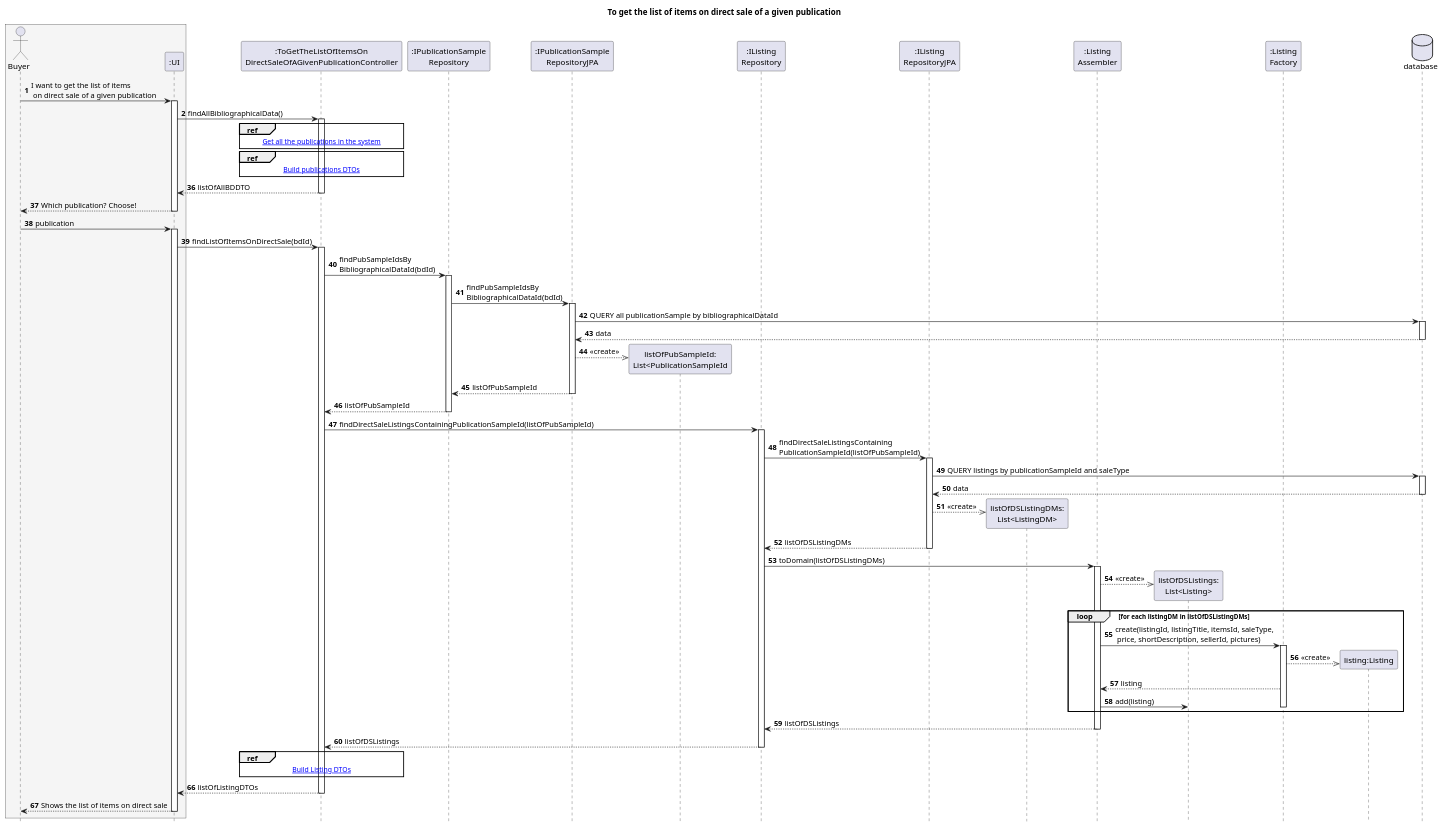
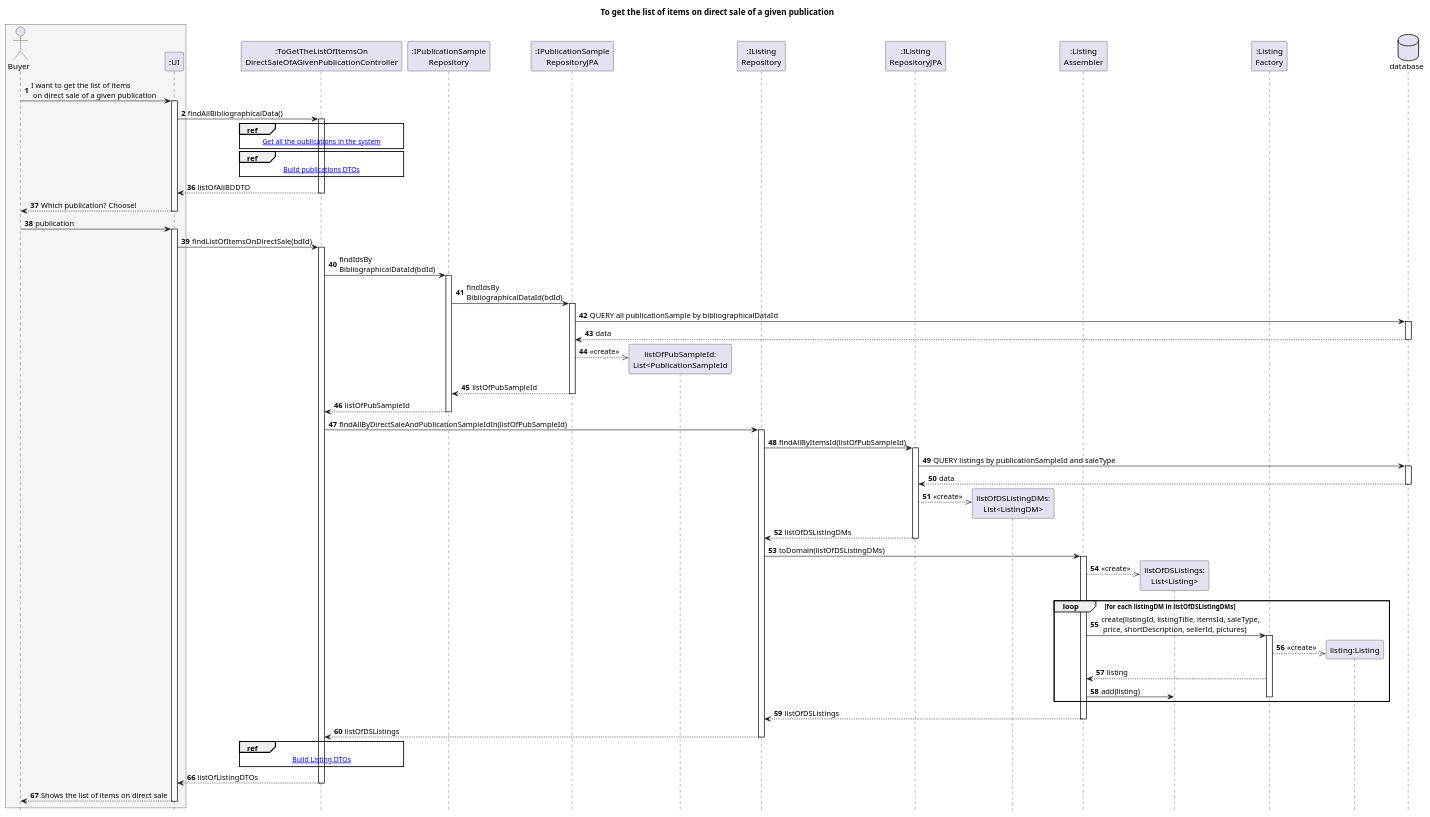
One commit to AndrePereiraGitH/SWitCH-Project-Team_A changed the diagram in Diagrams/SequenceDiagrams/N2/To-get-the-list-of-items-on-direct-sale-of-a-given-publication/1.MainDiagram.puml. Above: the diagram before and after it, drawn with PlantUML. The commit also changed 2 other files, not shown here.

Commit message:
docs #697: feature To-get-list-of-items-on-ds-given-publication - small corrections on method's names on SD and CD

```diff
--- a/Diagrams/SequenceDiagrams/N2/To-get-the-list-of-items-on-direct-sale-of-a-given-publication/1.MainDiagram.puml
+++ b/Diagrams/SequenceDiagrams/N2/To-get-the-list-of-items-on-direct-sale-of-a-given-publication/1.MainDiagram.puml
@@ -1,112 +1,112 @@
 @startuml
 hide footbox
 autonumber
 title To get the list of items on direct sale of a given publication
 
 box #whitesmoke
 actor Buyer
 participant ":UI" as UI
 end box
 
 ' Controller
 participant ":ToGetTheListOfItemsOn\nDirectSaleOfAGivenPublicationController" as Ctrl
 
 ' Publication Sample
 participant ":IPublicationSample\nRepository" as PubSampleRepo
 participant ":IPublicationSample\nRepositoryJPA" as PubSampleRepoJPA
 participant "listOfPubSampleId:\nList<PublicationSampleId" as listPubSampleId
 
 ' Listing
 participant ":IListing\nRepository" as ListingRepo
 participant ":IListing\nRepositoryJPA" as ListingRepoJPA
 participant "listOfDSListingDMs:\nList<ListingDM>" as listDSListingDMs
 participant ":Listing\nAssembler" as ListingAss
 participant "listOfDSListings:\nList<Listing>" as listDSListings
 participant ":Listing\nFactory" as ListingFact
 participant "listing:Listing" as Listing
 
 
 ' Database
 database "database" as DB
 
 ' Section 1 - Get all publications and converts to DTO
 Buyer -> UI : I want to get the list of items\n on direct sale of a given publication
 activate UI
 UI -> Ctrl : findAllBibliographicalData()
 activate Ctrl
 
 ref over Ctrl
 [[2.GetAllPublications.puml Get all the publications in the system]]
 end ref
 
 ref over Ctrl
 [[3.BuildPublicationDTOs.puml Build publications DTOs]]
 end ref
 
 autonumber 36
 Ctrl --> UI : listOfAllBDDTO
 deactivate Ctrl
 Buyer <-- UI : Which publication? Choose!
 deactivate UI
 
 Buyer -> UI : publication
 activate UI
 UI -> Ctrl : findListOfItemsOnDirectSale(bdId)
 activate Ctrl
 
 ' Section 2 - Get PublicationSample IDs for that BibliographicalData ID
-Ctrl -> PubSampleRepo : findPubSampleIdsBy\nBibliographicalDataId(bdId)
+Ctrl -> PubSampleRepo : findIdsBy\nBibliographicalDataId(bdId)
 activate PubSampleRepo
-PubSampleRepo -> PubSampleRepoJPA: findPubSampleIdsBy\nBibliographicalDataId(bdId)
+PubSampleRepo -> PubSampleRepoJPA: findIdsBy\nBibliographicalDataId(bdId)
 activate PubSampleRepoJPA
 PubSampleRepoJPA -> DB: QUERY all publicationSample by bibliographicalDataId
 activate DB
 DB --> PubSampleRepoJPA: data
 deactivate DB
 PubSampleRepoJPA -->> listPubSampleId** : «create»
 PubSampleRepoJPA --> PubSampleRepo: listOfPubSampleId
 deactivate PubSampleRepoJPA
 PubSampleRepo --> Ctrl: listOfPubSampleId
 deactivate PubSampleRepo
 
 ' Section 3 - Get Direct Sale Listings for those PublicationSample IDs
-Ctrl -> ListingRepo : findDirectSaleListingsContainingPublicationSampleId(listOfPubSampleId)
+Ctrl -> ListingRepo : findAllByDirectSaleAndPublicationSampleIdIn(listOfPubSampleId)
 activate ListingRepo
-ListingRepo -> ListingRepoJPA: findDirectSaleListingsContaining\nPublicationSampleId(listOfPubSampleId)
+ListingRepo -> ListingRepoJPA: findAllByItemsId(listOfPubSampleId)
 activate ListingRepoJPA
 ListingRepoJPA -> DB: QUERY listings by publicationSampleId and saleType
 activate DB
 DB --> ListingRepoJPA: data
 deactivate DB
 ListingRepoJPA -->> listDSListingDMs** : «create»
 ListingRepoJPA --> ListingRepo: listOfDSListingDMs
 deactivate ListingRepoJPA
 ListingRepo -> ListingAss: toDomain(listOfDSListingDMs)
 activate ListingAss
 ListingAss -->> listDSListings **: «create»
 loop for each listingDM in listOfDSListingDMs
     ListingAss -> ListingFact: create(listingId, listingTitle, itemsId, saleType,\n price, shortDescription, sellerId, pictures)
     activate ListingFact
     ListingFact -->> Listing** : «create»
     ListingFact --> ListingAss: listing
     ListingAss -> listDSListings: add(listing)
     deactivate ListingFact
 end
 ListingAss --> ListingRepo: listOfDSListings
 deactivate ListingAss
 
 ListingRepo --> Ctrl : listOfDSListings
 deactivate ListingRepo
 
 ' Section 4 - creates DTO
 ref over Ctrl
 [[4.BuildListingDTOs.puml Build Listing DTOs]]
 end ref
 
 autonumber 66
 Ctrl --> UI : listOfListingDTOs
 deactivate Ctrl
 UI --> Buyer : Shows the list of items on direct sale
 deactivate UI
 
 @enduml
```
